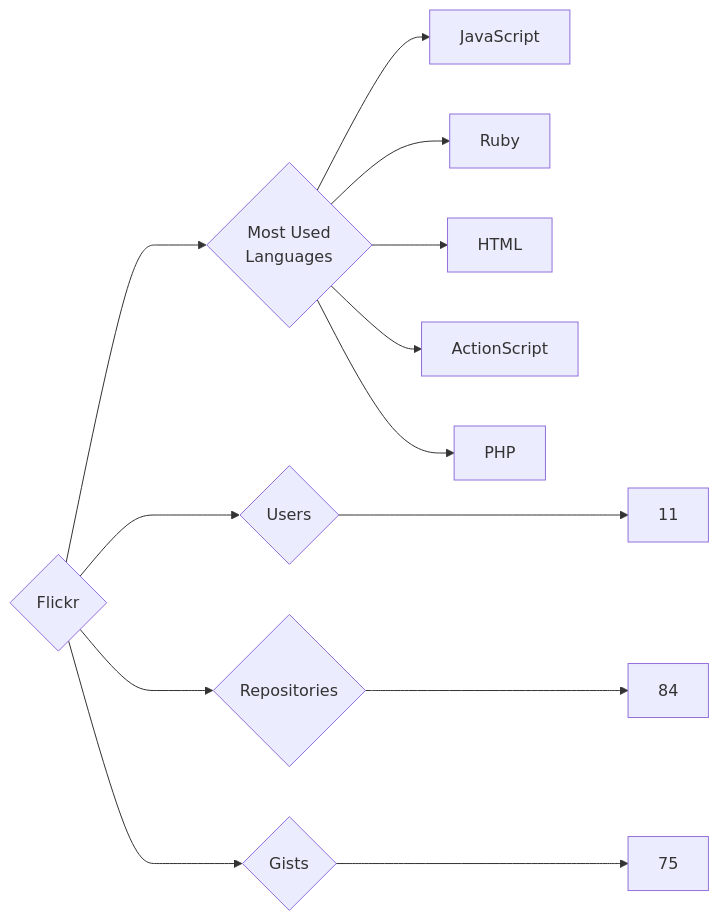
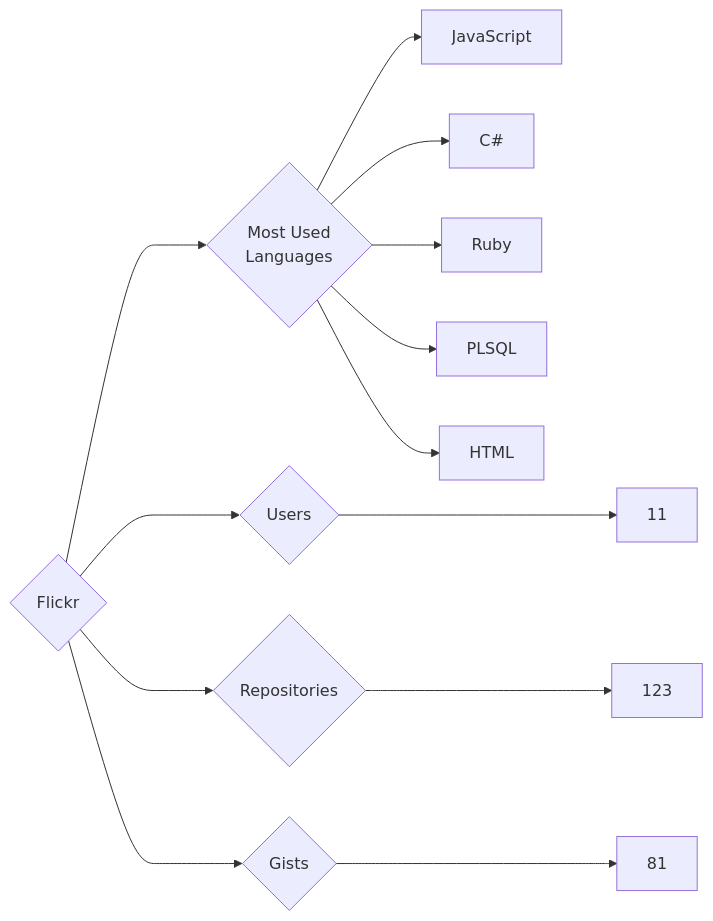
One commit to trickest/insiders changed the diagram in targets/Flickr/README.md. Above: the diagram before and after it, drawn with Mermaid. The commit also changed 1238 other files, not shown here.

````diff
--- a/targets/Flickr/README.md
+++ b/targets/Flickr/README.md
@@ -3,13 +3,13 @@
 ```mermaid
 graph LR
 COMPANY_NAME{Flickr}
 COMPANY_NAME ---> U{Users} ---> UN[11]
-COMPANY_NAME ---> R{Repositories} ---> RN[84]
-COMPANY_NAME ---> G{Gists} ---> GN[75]
+COMPANY_NAME ---> R{Repositories} ---> RN[123]
+COMPANY_NAME ---> G{Gists} ---> GN[81]
 COMPANY_NAME ---> ML{Most Used<br>Languages}
 ML --> JavaScript[JavaScript]
+ML --> C#[C#]
 ML --> Ruby[Ruby]
+ML --> PLSQL[PLSQL]
 ML --> HTML[HTML]
-ML --> ActionScript[ActionScript]
-ML --> PHP[PHP]
 ```
````
